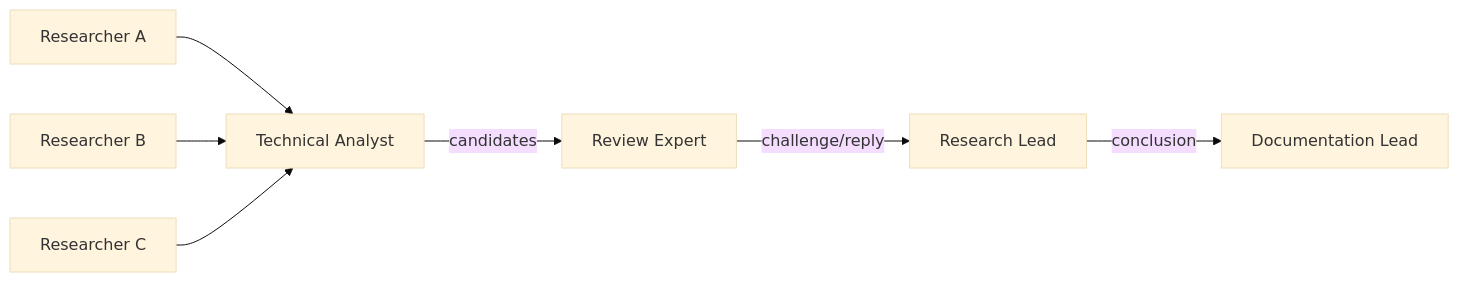
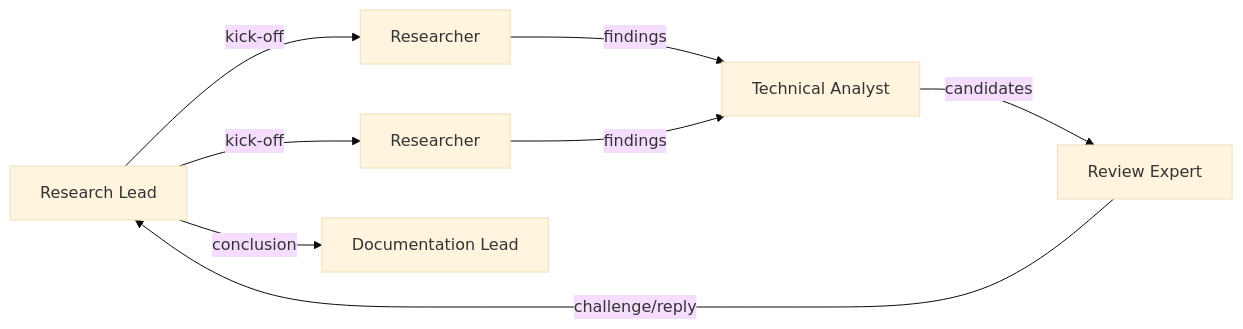
One commit to icylight/pi-tavern changed the sixth of 6 diagrams in README.en.md. Above: the diagram before and after it, drawn with Mermaid (base theme). The commit also changed other lines of this file and 1 other file, not shown here.

Commit message:
docs(readme): 三图对齐 Dev 草案——安全审查加安全测试工程师回归验证回流、开源维护发布回流分诊、技术调研加立项节点（中英一致）

````diff
--- a/README.en.md
+++ b/README.en.md
@@ -160,9 +160,8 @@
 ```mermaid
 flowchart LR
-    R1["Researcher A"] --> AN["Technical Analyst"]
-    R2["Researcher B"] --> AN
-    R3["Researcher C"] --> AN
-    AN -->|"candidates"| EXP["Review Expert"]
-    EXP -->|"challenge/reply"| LEAD["Research Lead"]
-    LEAD -->|"conclusion"| DOC["Documentation Lead"]
+    OL["Research Lead"] -->|"kick-off"| R1["Researcher"] & R2["Researcher"]
+    R1 & R2 -->|"findings"| TA["Technical Analyst"]
+    TA -->|"candidates"| RE["Review Expert"]
+    RE -->|"challenge/reply"| OL
+    OL -->|"conclusion"| DW["Documentation Lead"]
 ```
````
